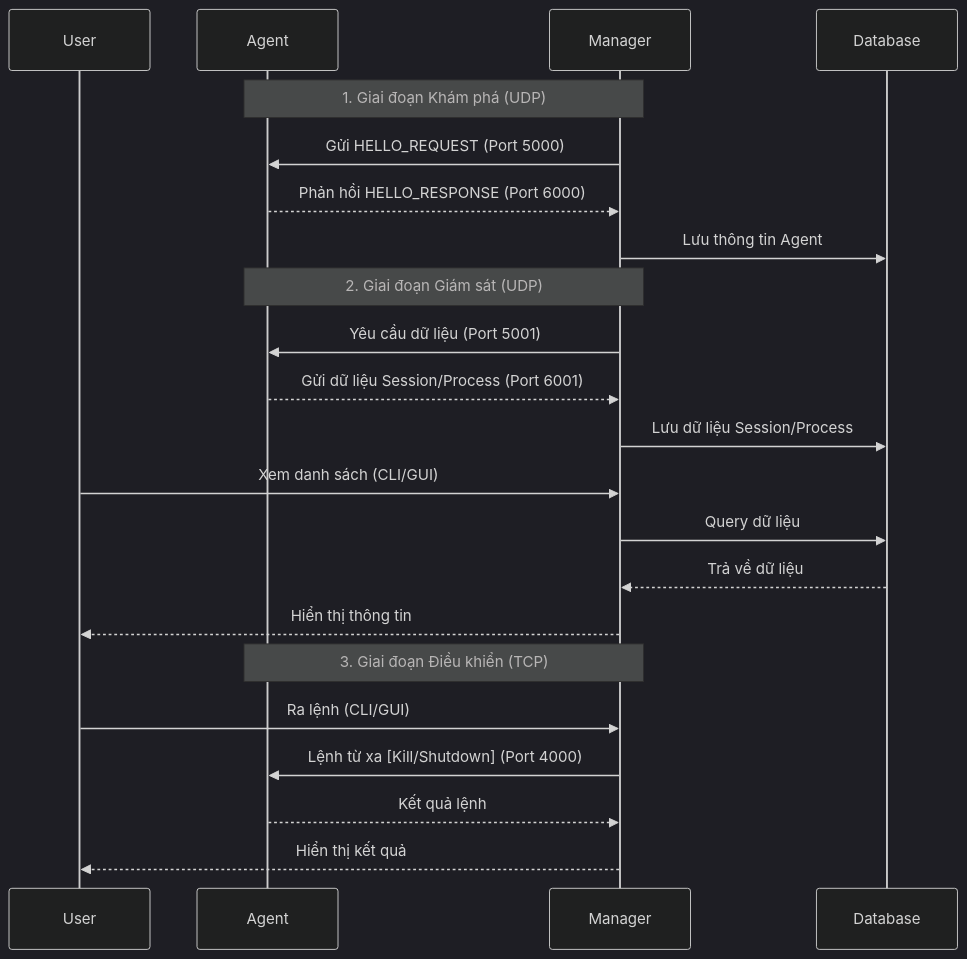
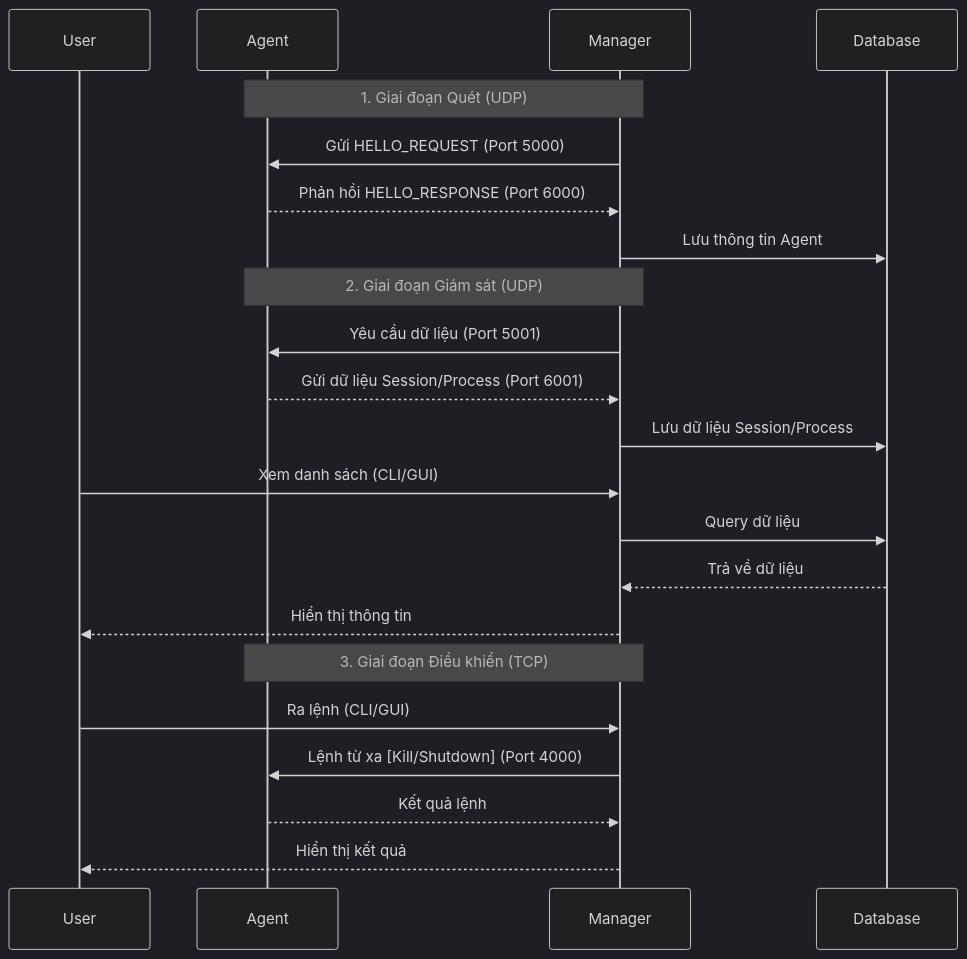
One commit to antialberteinstein/PBL4-refactor changed the second of 3 diagrams in README.md. Above: the diagram before and after it, drawn with Mermaid (dark theme).

````diff
--- a/README.md
+++ b/README.md
@@ -292,27 +292,27 @@
 ```mermaid
 sequenceDiagram
     participant User
     participant Agent
     participant Manager
     participant Database
 
-    Note over Agent, Manager: 1. Giai đoạn Khám phá (UDP)
+    Note over Agent, Manager: 1. Giai đoạn Quét (UDP)
     Manager->>Agent: Gửi HELLO_REQUEST (Port 5000)
     Agent-->>Manager: Phản hồi HELLO_RESPONSE (Port 6000)
     Manager->>Database: Lưu thông tin Agent
 
     Note over Agent, Manager: 2. Giai đoạn Giám sát (UDP)
     Manager->>Agent: Yêu cầu dữ liệu (Port 5001)
     Agent-->>Manager: Gửi dữ liệu Session/Process (Port 6001)
     Manager->>Database: Lưu dữ liệu Session/Process
     User->>Manager: Xem danh sách (CLI/GUI)
     Manager->>Database: Query dữ liệu
     Database-->>Manager: Trả về dữ liệu
     Manager-->>User: Hiển thị thông tin
 
     Note over Agent, Manager: 3. Giai đoạn Điều khiển (TCP)
     User->>Manager: Ra lệnh (CLI/GUI)
     Manager->>Agent: Lệnh từ xa [Kill/Shutdown] (Port 4000)
     Agent-->>Manager: Kết quả lệnh
     Manager-->>User: Hiển thị kết quả
 ```
````
